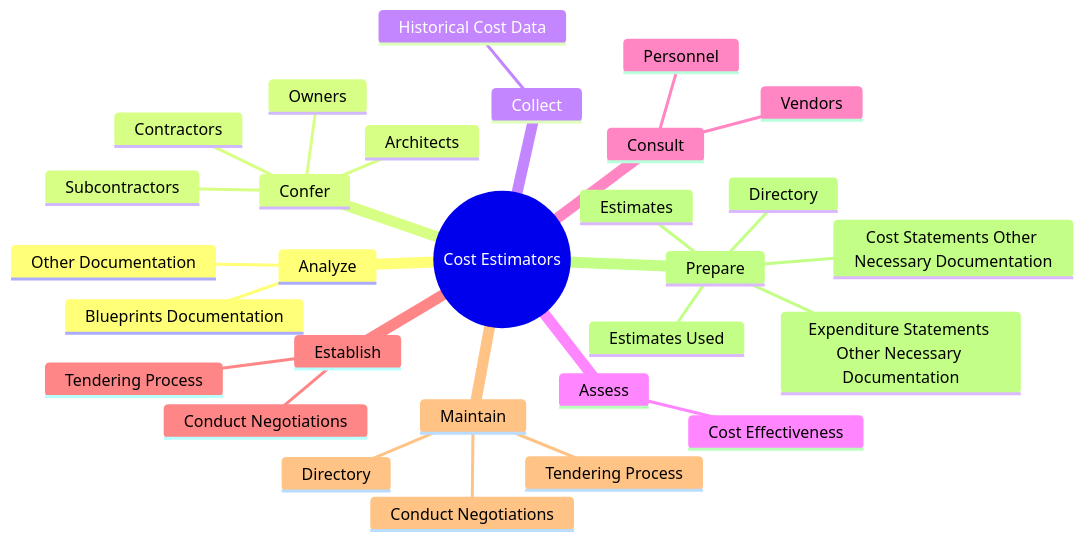
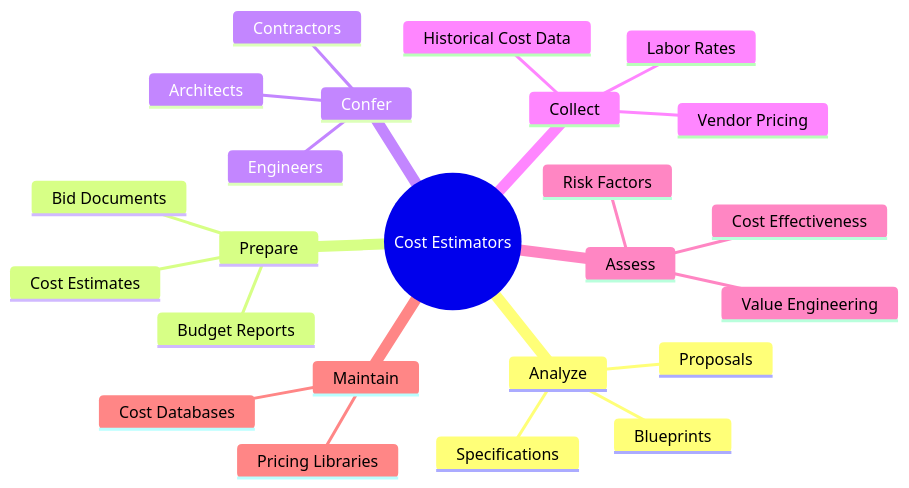
Before and after one commit to kziemski/business.org.ai: the second of 4 diagrams in occupations/Business/CostEstimators.mdx, drawn with Mermaid. The commit also changed other lines of this file and 938 other files, not shown here.

````diff
--- a/occupations/Business/CostEstimators.mdx
+++ b/occupations/Business/CostEstimators.mdx
@@ -37,32 +48,27 @@
 ```mermaid
 mindmap
     root(("Cost Estimators"))
         Analyze
-            Blueprints Documentation
-            Other Documentation
+            Blueprints
+            Specifications
+            Proposals
+        Prepare
+            Cost Estimates
+            Bid Documents
+            Budget Reports
         Confer
             Architects
-            Owners
+            Engineers
             Contractors
-            Subcontractors
         Collect
             Historical Cost Data
+            Vendor Pricing
+            Labor Rates
         Assess
             Cost Effectiveness
-        Consult
-            Vendors
-            Personnel
-        Establish
-            Tendering Process
-            Conduct Negotiations
+            Risk Factors
+            Value Engineering
         Maintain
-            Tendering Process
-            Conduct Negotiations
-            Directory
-        Prepare
-            Estimates
-            Estimates Used
-            Cost Statements Other Necessary Documentation
-            Expenditure Statements Other Necessary Documentation
-            Directory
+            Cost Databases
+            Pricing Libraries
 ```
````
